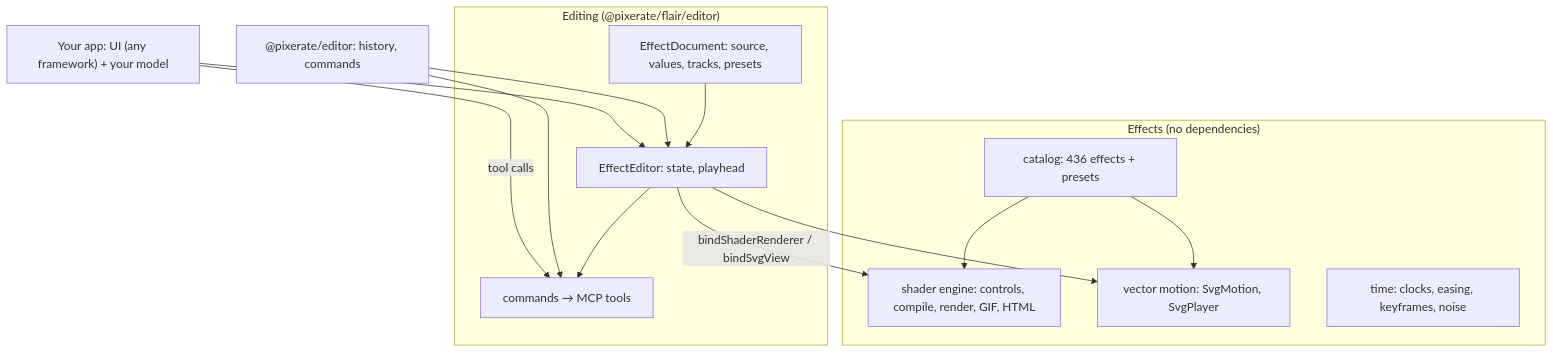
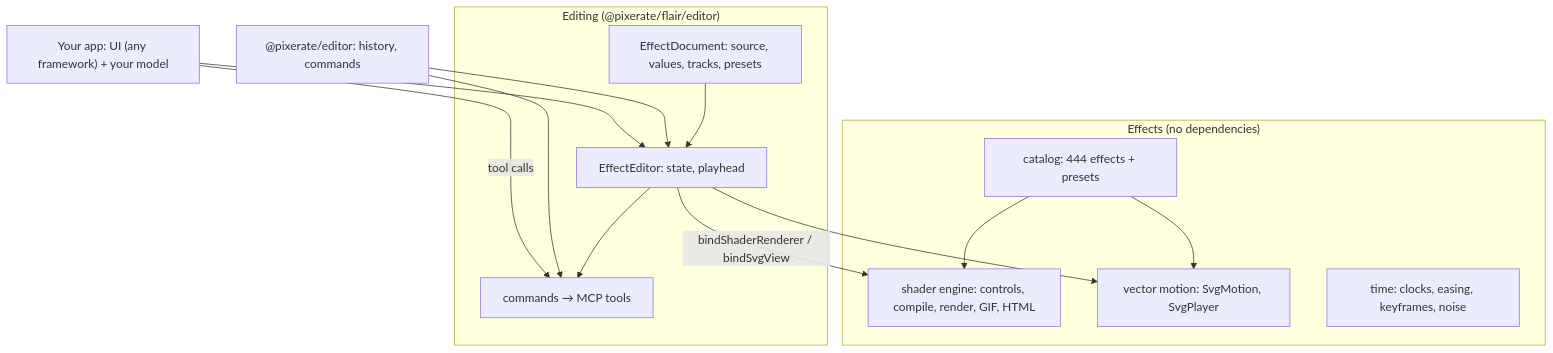
One commit to Pixerate/flair changed the diagram in README.md. Above: the diagram before and after it, drawn with Mermaid. The commit also changed other lines of this file and 8 other files, not shown here.

First line of the commit message:
feat(catalog): add a fire category with eight fire effects

````diff
--- a/README.md
+++ b/README.md
@@ -67,27 +67,27 @@
 ```mermaid
 graph TD
   subgraph Effects["Effects (no dependencies)"]
-    Catalog["catalog: 436 effects + presets"]
+    Catalog["catalog: 444 effects + presets"]
     Shader["shader engine: controls, compile, render, GIF, HTML"]
     Vector["vector motion: SvgMotion, SvgPlayer"]
     Time["time: clocks, easing, keyframes, noise"]
   end
   subgraph Editing["Editing (@pixerate/flair/editor)"]
     Doc["EffectDocument: source, values, tracks, presets"]
     Editor["EffectEditor: state, playhead"]
     Cmds["commands → MCP tools"]
   end
   PE["@pixerate/editor: history, commands"]
   Host["Your app: UI (any framework) + your model"]
 
   Catalog --> Shader
   Catalog --> Vector
   Doc --> Editor
   Editor --> Cmds
   PE --> Editor
   PE --> Cmds
   Editor -- bindShaderRenderer / bindSvgView --> Shader
   Editor --> Vector
   Host --> Editor
   Host -- tool calls --> Cmds
 ```
````
